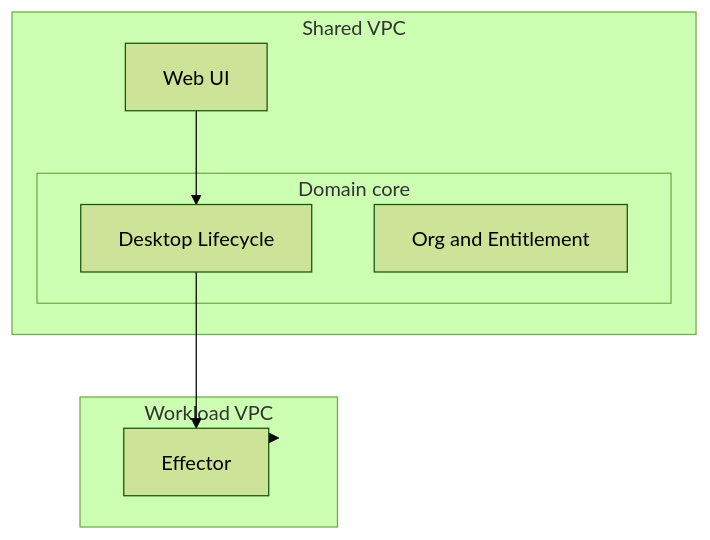
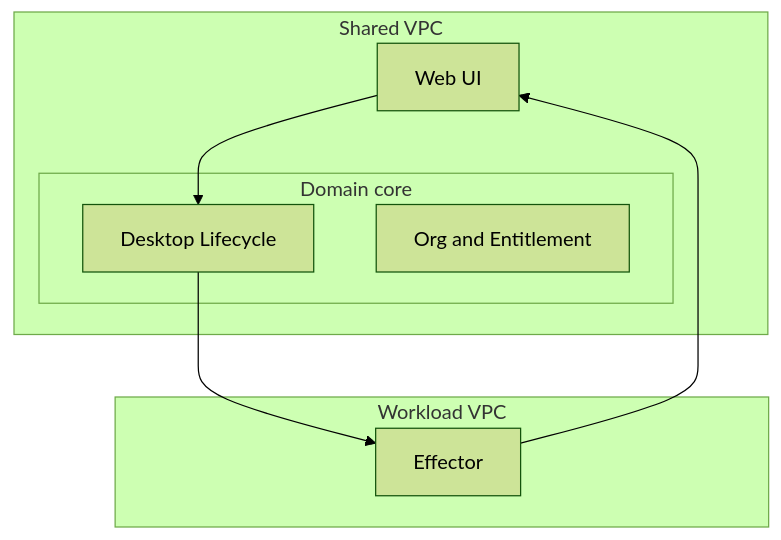
Before and after one commit to yeroo/docxy: the diagram in offxy-vscode/samples/mermaid/03-subgraphs.md, drawn with Mermaid (forest theme). The commit also changed 1 other file, not shown here.

Commit message:
docxcore/mermaid: don't split ::: class op as a sequence-message colon; sample fix
Sequence-message detection split on the first ':' in a line, which
collided with the flowchart `node:::className` inline-class operator:
`B --> C[Deploy]:::warn` split at the first colon of the `:::` run,
losing the class and emitting a phantom `::warn` edge label/shape.
Added message_colon() to find only a standalone ':' (not adjacent to
another ':'), so `:::` runs are never mistaken for a message
separator while `A->>B: Hello` still parses its label correctly.

Also repointed the last edge in 03-subgraphs.md sample
(EFF --> Work -> EFF --> UI) since edges into a subgraph container id
are a separate unsupported construct that doesn't belong in a sample
meant to demonstrate clean subgraph containers.

````diff
--- a/offxy-vscode/samples/mermaid/03-subgraphs.md
+++ b/offxy-vscode/samples/mermaid/03-subgraphs.md
@@ -3,16 +3,16 @@
 ```mermaid
 flowchart TB
   subgraph Shared[Shared VPC]
     UI[Web UI]
     subgraph Core[Domain core]
       DL[Desktop Lifecycle]
       OE[Org and Entitlement]
     end
   end
   subgraph Work[Workload VPC]
     EFF[Effector]
   end
   UI --> DL
   DL --> EFF
-  EFF --> Work
+  EFF --> UI
 ```
````
